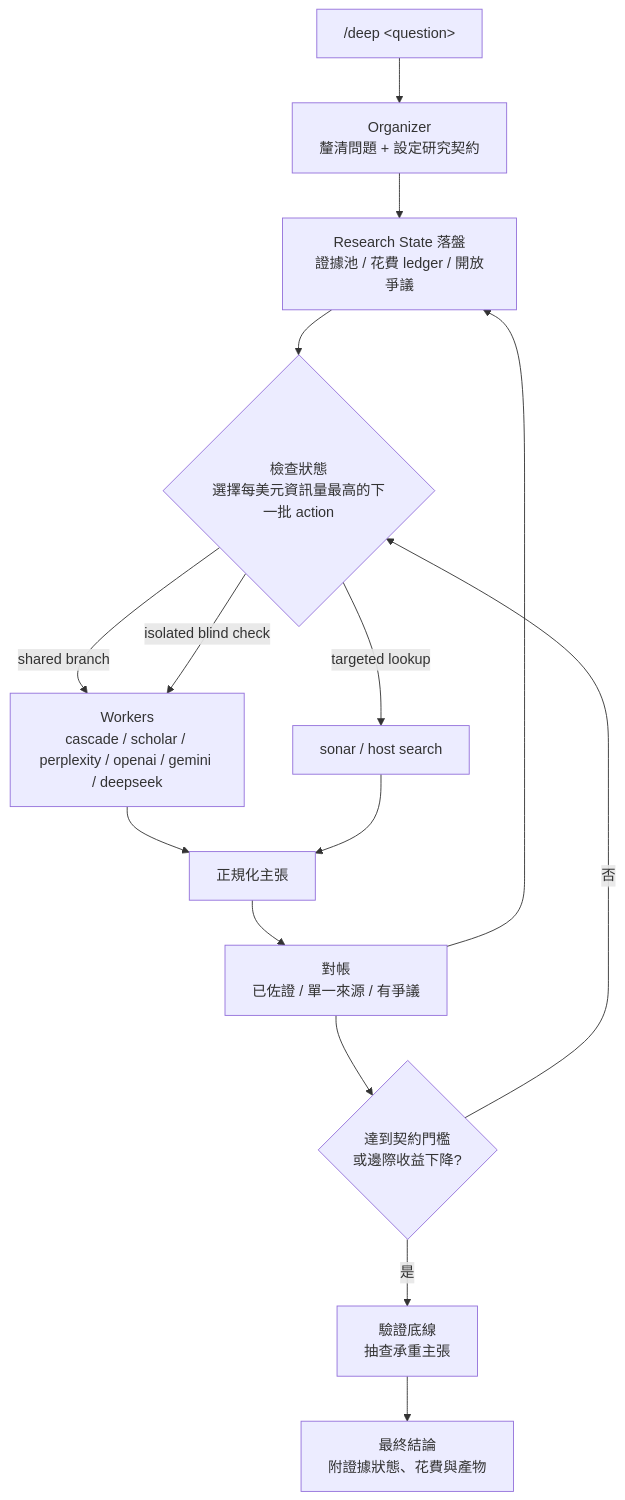
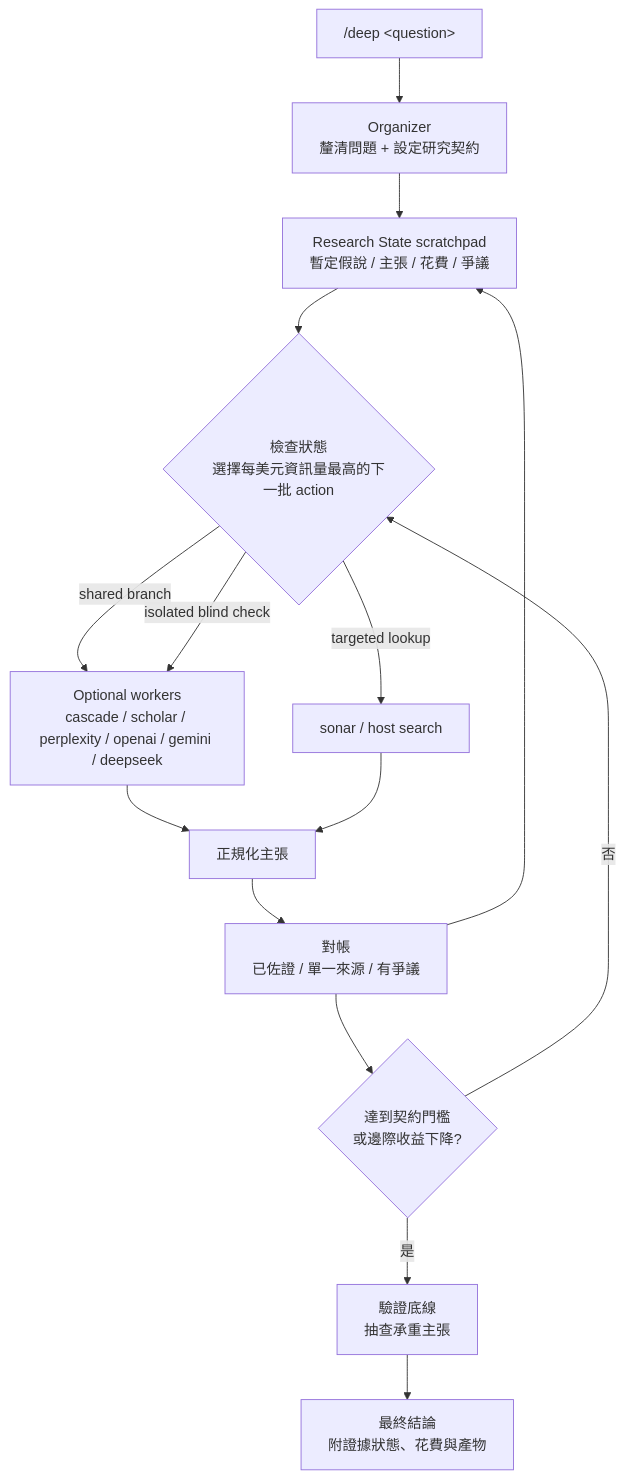
Before and after one commit to jechiu16/claude-research-cascade: the diagram in README.zh-TW.md, drawn with Mermaid. The commit also changed other lines of this file and 2 other files, not shown here.

````diff
--- a/README.zh-TW.md
+++ b/README.zh-TW.md
@@ -40,17 +40,17 @@
 ```mermaid
 flowchart TD
     A["/deep &lt;question&gt;"] --> B["Organizer<br/>釐清問題 + 設定研究契約"]
-    B --> S["Research State 落盤<br/>證據池 / 花費 ledger / 開放爭議"]
+    B --> S["Research State scratchpad<br/>暫定假說 / 主張 / 花費 / 爭議"]
     S --> L{"檢查狀態<br/>選擇每美元資訊量最高的下一批 action"}
-    L -- "shared branch" --> W["Workers<br/>cascade / scholar / perplexity / openai / gemini / deepseek"]
+    L -- "shared branch" --> W["Optional workers<br/>cascade / scholar / perplexity / openai / gemini / deepseek"]
     L -- "isolated blind check" --> W
     L -- "targeted lookup" --> P["sonar / host search"]
     W --> N["正規化主張"]
     P --> N
     N --> R["對帳<br/>已佐證 / 單一來源 / 有爭議"]
     R --> S
     R --> T{"達到契約門檻<br/>或邊際收益下降?"}
     T -- "否" --> L
     T -- "是" --> V["驗證底線<br/>抽查承重主張"]
     V --> D["最終結論<br/>附證據狀態、花費與產物"]
 ```
````
